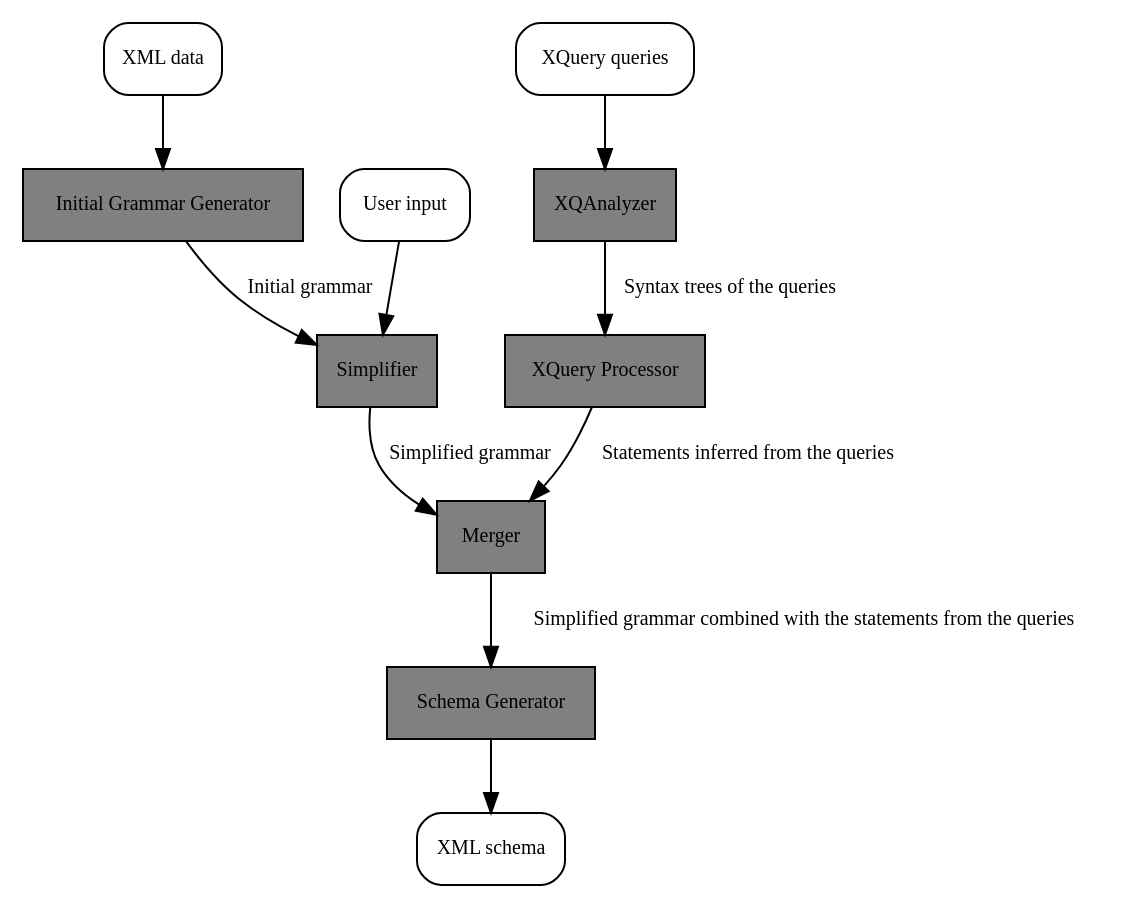
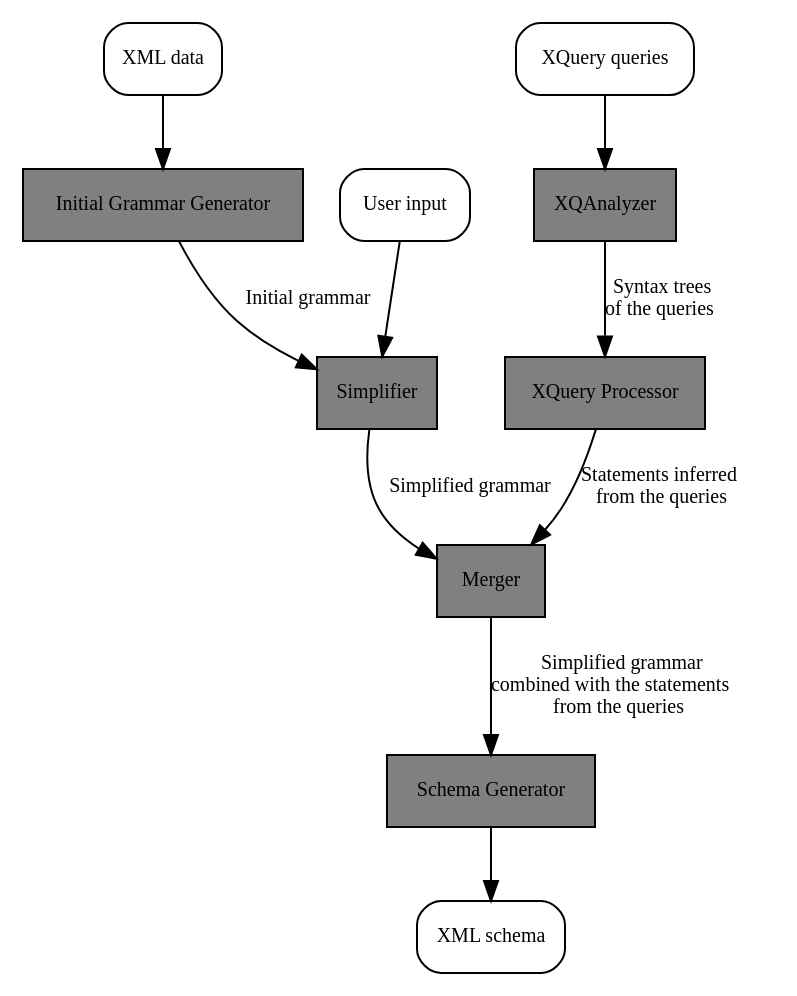
One commit to otmarjr/jInfer-fork changed the diagram in doc/theses/mikula/jinfer.gv. Above: the diagram before and after it, drawn with Graphviz. The commit also changed 8 other files, not shown here.

```diff
--- a/doc/theses/mikula/jinfer.gv
+++ b/doc/theses/mikula/jinfer.gv
@@ -1,25 +1,25 @@
 digraph inference_process {
 	node [shape = rectangle, fontname = "TeXGyrePagella-Regular", fontsize = 10];
 	edge [fontname = "TeXGyrePagella-Regular", fontsize = 10];
 
 	node [style= rounded];
 	input_xml [label = "XML data"];
 	input_queries [label = "XQuery queries"];
 	input_xml -> IGG;
 	input_queries -> XQAnalyzer;
 	IGG [label = "Initial Grammar Generator" style = "filled" fillcolor = "grey"];
 	XQAnalyzer [label = "XQAnalyzer" style = "filled" fillcolor = "grey"];
 	IGG -> Simplifier [label = "Initial grammar"];
 	user_input [label = "User input"];
 	user_input -> Simplifier;
 	Simplifier [label = "Simplifier" style = "filled" fillcolor = "grey"];
 	XQueryProcessor [label = "XQuery Processor" style = "filled" fillcolor = "grey"];
-	XQAnalyzer -> XQueryProcessor [label = "Syntax trees of the queries"];
+	XQAnalyzer -> XQueryProcessor [label = <Syntax trees<br/>of the queries>];
 	Merger [label = "Merger" style = "filled" fillcolor = "grey"];
 	Simplifier -> Merger [label = "Simplified grammar"];
-	XQueryProcessor -> Merger [label = "Statements inferred from the queries"];
-	Merger -> Exporter [label = "Simplified grammar combined with the statements from the queries"];
+	XQueryProcessor -> Merger [label = <Statements inferred<br/>from the queries>];
+	Merger -> Exporter [label = <Simplified grammar<br/>combined with the statements<br/>from the queries>];
 	Exporter [label = "Schema Generator" style = "filled" fillcolor = "grey"];
 	output_xml [label = "XML schema"];
 	Exporter -> output_xml;
 }
```
